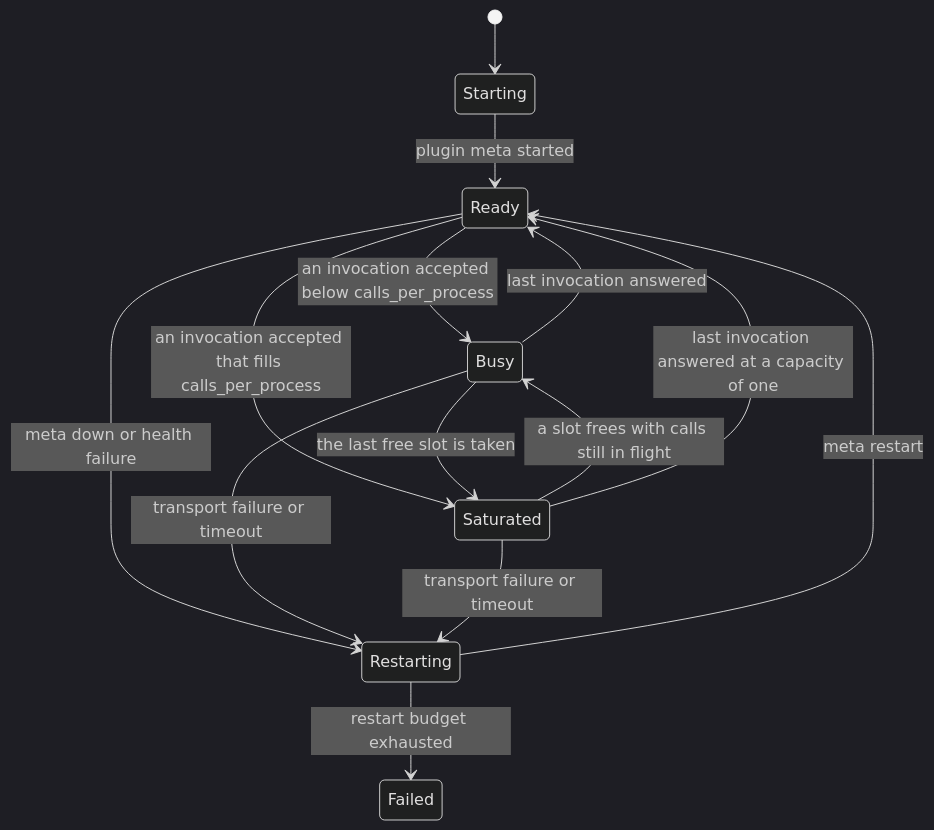
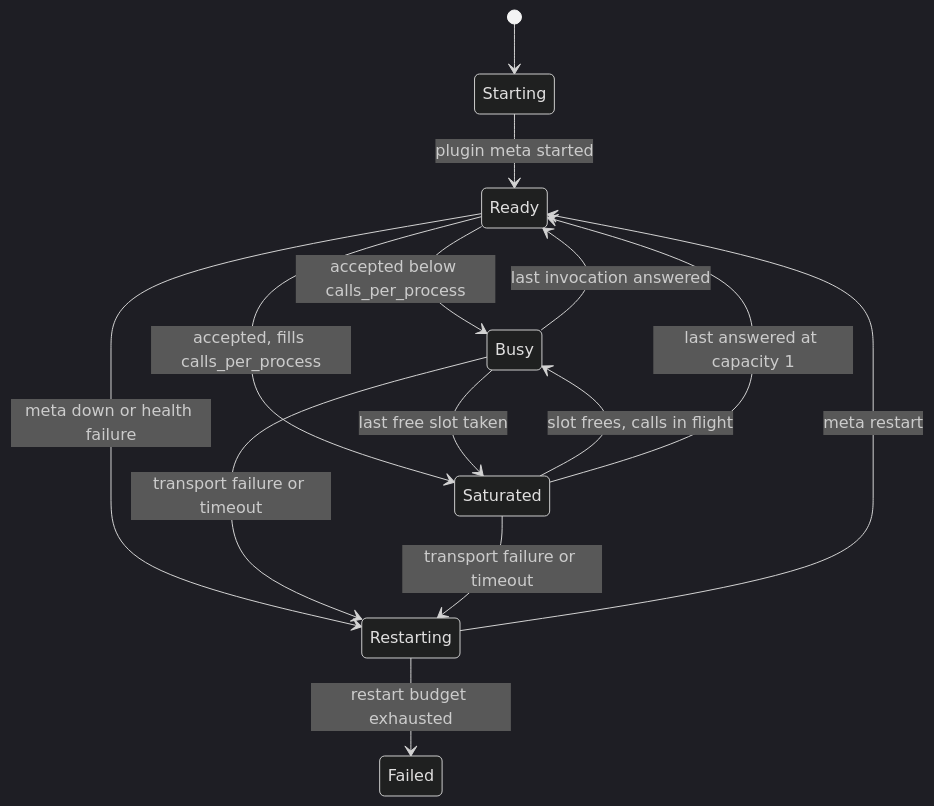
One commit to HarishHary/blink changed diagram 12 of 14 in docs/internals/plugin-runtime.md. Above: the diagram before and after it, drawn with Mermaid (dark theme). The commit also changed other lines of this file and 4 other files, not shown here.

````diff
--- a/docs/internals/plugin-runtime.md
+++ b/docs/internals/plugin-runtime.md
@@ -516,16 +502,16 @@
 ```mermaid
 stateDiagram-v2
     [*] --> Starting
     Starting --> Ready: plugin meta started
-    Ready --> Busy: an invocation accepted below calls_per_process
-    Ready --> Saturated: an invocation accepted that fills calls_per_process
-    Busy --> Saturated: the last free slot is taken
-    Saturated --> Busy: a slot frees with calls still in flight
+    Ready --> Busy: accepted below calls_per_process
+    Ready --> Saturated: accepted, fills calls_per_process
+    Busy --> Saturated: last free slot taken
+    Saturated --> Busy: slot frees, calls in flight
     Busy --> Ready: last invocation answered
-    Saturated --> Ready: last invocation answered at a capacity of one
+    Saturated --> Ready: last answered at capacity 1
     Ready --> Restarting: meta down or health failure
     Busy --> Restarting: transport failure or timeout
     Saturated --> Restarting: transport failure or timeout
     Restarting --> Ready: meta restart
     Restarting --> Failed: restart budget exhausted
 ```
````
